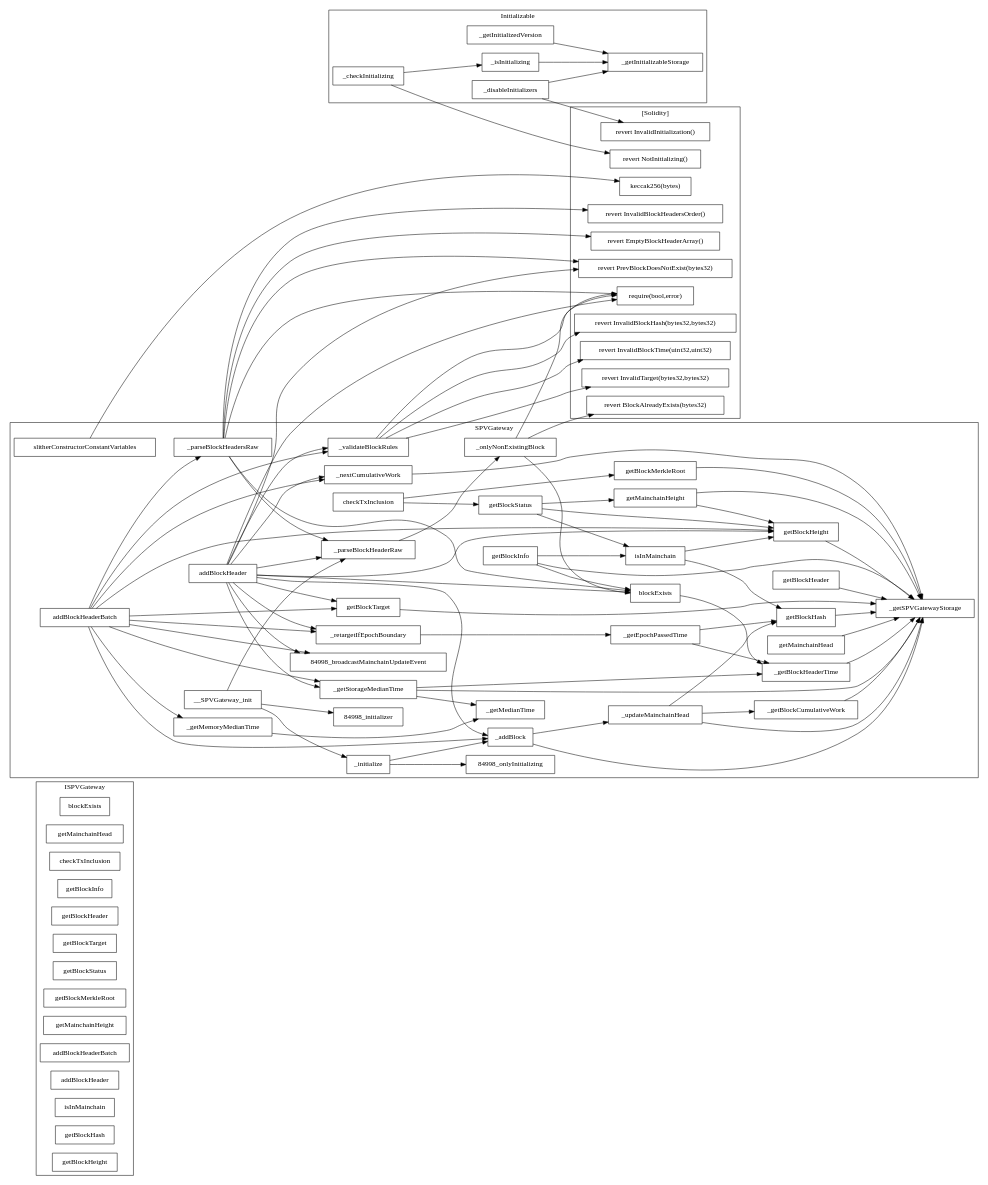
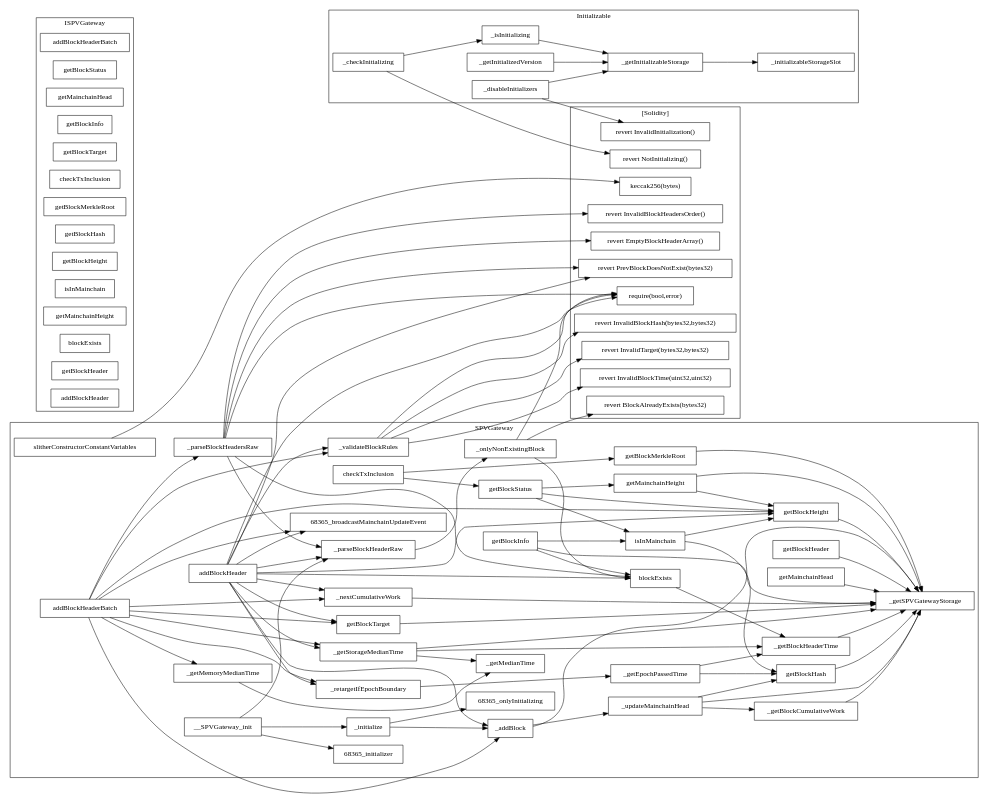
One commit to quidmints/SPV changed the diagram in evm/slither-out/...SPVGateway.call-graph.dot. Above: the diagram before and after it, drawn with Graphviz. The commit also changed 98 other files, not shown here.

First line of the commit message:
Regenerate slither-out: it described an architecture deleted 12 days ago

```diff
--- a/evm/slither-out/...SPVGateway.call-graph.dot
+++ b/evm/slither-out/...SPVGateway.call-graph.dot
@@ -1,157 +1,159 @@
 strict digraph {
 rankdir="LR"
 node [shape=box]
-subgraph cluster_85200_ISPVGateway {
+subgraph cluster_937_Initializable {
+label = "Initializable"
+"937__checkInitializing" [label="_checkInitializing"]
+"937__disableInitializers" [label="_disableInitializers"]
+"937__isInitializing" [label="_isInitializing"]
+"937__initializableStorageSlot" [label="_initializableStorageSlot"]
+"937__getInitializableStorage" [label="_getInitializableStorage"]
+"937__getInitializedVersion" [label="_getInitializedVersion"]
+"937__getInitializableStorage" -> "937__initializableStorageSlot"
+"937__isInitializing" -> "937__getInitializableStorage"
+"937__checkInitializing" -> "937__isInitializing"
+"937__getInitializedVersion" -> "937__getInitializableStorage"
+"937__disableInitializers" -> "937__getInitializableStorage"
+}subgraph cluster_68365_SPVGateway {
+label = "SPVGateway"
+"68365_getBlockStatus" [label="getBlockStatus"]
+"68365__getMedianTime" [label="_getMedianTime"]
+"68365__nextCumulativeWork" [label="_nextCumulativeWork"]
+"68365__getMemoryMedianTime" [label="_getMemoryMedianTime"]
+"68365__initialize" [label="_initialize"]
+"68365__getSPVGatewayStorage" [label="_getSPVGatewayStorage"]
+"68365__retargetIfEpochBoundary" [label="_retargetIfEpochBoundary"]
+"68365_slitherConstructorConstantVariables" [label="slitherConstructorConstantVariables"]
+"68365_checkTxInclusion" [label="checkTxInclusion"]
+"68365_getMainchainHeight" [label="getMainchainHeight"]
+"68365__getStorageMedianTime" [label="_getStorageMedianTime"]
+"68365__parseBlockHeaderRaw" [label="_parseBlockHeaderRaw"]
+"68365_getBlockMerkleRoot" [label="getBlockMerkleRoot"]
+"68365__addBlock" [label="_addBlock"]
+"68365__updateMainchainHead" [label="_updateMainchainHead"]
+"68365_getBlockInfo" [label="getBlockInfo"]
+"68365__getBlockHeaderTime" [label="_getBlockHeaderTime"]
+"68365_getBlockHeader" [label="getBlockHeader"]
+"68365_isInMainchain" [label="isInMainchain"]
+"68365_getMainchainHead" [label="getMainchainHead"]
+"68365__onlyNonExistingBlock" [label="_onlyNonExistingBlock"]
+"68365_getBlockHeight" [label="getBlockHeight"]
+"68365__parseBlockHeadersRaw" [label="_parseBlockHeadersRaw"]
+"68365_blockExists" [label="blockExists"]
+"68365__getEpochPassedTime" [label="_getEpochPassedTime"]
+"68365__validateBlockRules" [label="_validateBlockRules"]
+"68365_addBlockHeaderBatch" [label="addBlockHeaderBatch"]
+"68365_getBlockTarget" [label="getBlockTarget"]
+"68365__getBlockCumulativeWork" [label="_getBlockCumulativeWork"]
+"68365_getBlockHash" [label="getBlockHash"]
+"68365___SPVGateway_init" [label="__SPVGateway_init"]
+"68365_addBlockHeader" [label="addBlockHeader"]
+"68365__getBlockCumulativeWork" -> "68365__getSPVGatewayStorage"
+"68365_addBlockHeaderBatch" -> "68365__getStorageMedianTime"
+"68365__updateMainchainHead" -> "68365_getBlockHash"
+"68365___SPVGateway_init" -> "68365_initializer"
+"68365__getMemoryMedianTime" -> "68365__getMedianTime"
+"68365_getBlockHeight" -> "68365__getSPVGatewayStorage"
+"68365_getBlockMerkleRoot" -> "68365__getSPVGatewayStorage"
+"68365_addBlockHeader" -> "68365_broadcastMainchainUpdateEvent"
+"68365__updateMainchainHead" -> "68365__getSPVGatewayStorage"
+"68365_addBlockHeaderBatch" -> "68365__retargetIfEpochBoundary"
+"68365_addBlockHeader" -> "68365__parseBlockHeaderRaw"
+"68365_addBlockHeader" -> "68365__nextCumulativeWork"
+"68365_getBlockInfo" -> "68365_blockExists"
+"68365_getBlockInfo" -> "68365__getSPVGatewayStorage"
+"68365__getEpochPassedTime" -> "68365__getBlockHeaderTime"
+"68365__getStorageMedianTime" -> "68365__getBlockHeaderTime"
+"68365_addBlockHeader" -> "68365__validateBlockRules"
+"68365__nextCumulativeWork" -> "68365__getSPVGatewayStorage"
+"68365__onlyNonExistingBlock" -> "68365_blockExists"
+"68365_addBlockHeaderBatch" -> "68365_getBlockTarget"
+"68365___SPVGateway_init" -> "68365__parseBlockHeaderRaw"
+"68365_getMainchainHead" -> "68365__getSPVGatewayStorage"
+"68365_addBlockHeaderBatch" -> "68365_getBlockHeight"
+"68365__getStorageMedianTime" -> "68365__getMedianTime"
+"68365__getStorageMedianTime" -> "68365__getSPVGatewayStorage"
+"68365__parseBlockHeaderRaw" -> "68365__onlyNonExistingBlock"
+"68365_addBlockHeader" -> "68365_getBlockTarget"
+"68365_getBlockHeader" -> "68365__getSPVGatewayStorage"
+"68365__addBlock" -> "68365__getSPVGatewayStorage"
+"68365_addBlockHeader" -> "68365__retargetIfEpochBoundary"
+"68365__retargetIfEpochBoundary" -> "68365__getEpochPassedTime"
+"68365__parseBlockHeadersRaw" -> "68365__parseBlockHeaderRaw"
+"68365__getBlockHeaderTime" -> "68365__getSPVGatewayStorage"
+"68365___SPVGateway_init" -> "68365__initialize"
+"68365_isInMainchain" -> "68365_getBlockHash"
+"68365_getBlockInfo" -> "68365_isInMainchain"
+"68365_addBlockHeaderBatch" -> "68365_broadcastMainchainUpdateEvent"
+"68365_getBlockStatus" -> "68365_getMainchainHeight"
+"68365__initialize" -> "68365_onlyInitializing"
+"68365_addBlockHeaderBatch" -> "68365__addBlock"
+"68365_addBlockHeaderBatch" -> "68365__validateBlockRules"
+"68365_getBlockTarget" -> "68365__getSPVGatewayStorage"
+"68365_addBlockHeaderBatch" -> "68365__parseBlockHeadersRaw"
+"68365_isInMainchain" -> "68365_getBlockHeight"
+"68365_addBlockHeaderBatch" -> "68365__nextCumulativeWork"
+"68365_checkTxInclusion" -> "68365_getBlockMerkleRoot"
+"68365_blockExists" -> "68365__getBlockHeaderTime"
+"68365__addBlock" -> "68365__updateMainchainHead"
+"68365__parseBlockHeadersRaw" -> "68365_blockExists"
+"68365_addBlockHeader" -> "68365_blockExists"
+"68365__getEpochPassedTime" -> "68365_getBlockHash"
+"68365_addBlockHeaderBatch" -> "68365__getMemoryMedianTime"
+"68365_getBlockStatus" -> "68365_getBlockHeight"
+"68365_checkTxInclusion" -> "68365_getBlockStatus"
+"68365_addBlockHeader" -> "68365__addBlock"
+"68365_getBlockStatus" -> "68365_isInMainchain"
+"68365_getMainchainHeight" -> "68365_getBlockHeight"
+"68365__updateMainchainHead" -> "68365__getBlockCumulativeWork"
+"68365_getBlockHash" -> "68365__getSPVGatewayStorage"
+"68365_addBlockHeader" -> "68365_getBlockHeight"
+"68365_getMainchainHeight" -> "68365__getSPVGatewayStorage"
+"68365__initialize" -> "68365__addBlock"
+"68365_addBlockHeader" -> "68365__getStorageMedianTime"
+}subgraph cluster_68567_ISPVGateway {
 label = "ISPVGateway"
-"85200_blockExists" [label="blockExists"]
-"85200_getMainchainHead" [label="getMainchainHead"]
-"85200_checkTxInclusion" [label="checkTxInclusion"]
-"85200_getBlockInfo" [label="getBlockInfo"]
-"85200_getBlockHeader" [label="getBlockHeader"]
-"85200_getBlockTarget" [label="getBlockTarget"]
-"85200_getBlockStatus" [label="getBlockStatus"]
-"85200_getBlockMerkleRoot" [label="getBlockMerkleRoot"]
-"85200_getMainchainHeight" [label="getMainchainHeight"]
-"85200_addBlockHeaderBatch" [label="addBlockHeaderBatch"]
-"85200_addBlockHeader" [label="addBlockHeader"]
-"85200_isInMainchain" [label="isInMainchain"]
-"85200_getBlockHash" [label="getBlockHash"]
-"85200_getBlockHeight" [label="getBlockHeight"]
-}subgraph cluster_13915_Initializable {
-label = "Initializable"
-"13915__getInitializedVersion" [label="_getInitializedVersion"]
-"13915__getInitializableStorage" [label="_getInitializableStorage"]
-"13915__checkInitializing" [label="_checkInitializing"]
-"13915__isInitializing" [label="_isInitializing"]
-"13915__disableInitializers" [label="_disableInitializers"]
-"13915__getInitializedVersion" -> "13915__getInitializableStorage"
-"13915__isInitializing" -> "13915__getInitializableStorage"
-"13915__checkInitializing" -> "13915__isInitializing"
-"13915__disableInitializers" -> "13915__getInitializableStorage"
-}subgraph cluster_84998_SPVGateway {
-label = "SPVGateway"
-"84998__getStorageMedianTime" [label="_getStorageMedianTime"]
-"84998_addBlockHeaderBatch" [label="addBlockHeaderBatch"]
-"84998_getBlockMerkleRoot" [label="getBlockMerkleRoot"]
-"84998__addBlock" [label="_addBlock"]
-"84998__updateMainchainHead" [label="_updateMainchainHead"]
-"84998_checkTxInclusion" [label="checkTxInclusion"]
-"84998__getBlockCumulativeWork" [label="_getBlockCumulativeWork"]
-"84998_addBlockHeader" [label="addBlockHeader"]
-"84998_getMainchainHeight" [label="getMainchainHeight"]
-"84998_slitherConstructorConstantVariables" [label="slitherConstructorConstantVariables"]
-"84998_blockExists" [label="blockExists"]
-"84998__validateBlockRules" [label="_validateBlockRules"]
-"84998__initialize" [label="_initialize"]
-"84998_getBlockHash" [label="getBlockHash"]
-"84998__getMemoryMedianTime" [label="_getMemoryMedianTime"]
-"84998__getEpochPassedTime" [label="_getEpochPassedTime"]
-"84998__getBlockHeaderTime" [label="_getBlockHeaderTime"]
-"84998_isInMainchain" [label="isInMainchain"]
-"84998__retargetIfEpochBoundary" [label="_retargetIfEpochBoundary"]
-"84998_getBlockHeader" [label="getBlockHeader"]
-"84998__onlyNonExistingBlock" [label="_onlyNonExistingBlock"]
-"84998_getBlockStatus" [label="getBlockStatus"]
-"84998_getBlockInfo" [label="getBlockInfo"]
-"84998_getBlockTarget" [label="getBlockTarget"]
-"84998__parseBlockHeadersRaw" [label="_parseBlockHeadersRaw"]
-"84998__parseBlockHeaderRaw" [label="_parseBlockHeaderRaw"]
-"84998_getMainchainHead" [label="getMainchainHead"]
-"84998_getBlockHeight" [label="getBlockHeight"]
-"84998__getSPVGatewayStorage" [label="_getSPVGatewayStorage"]
-"84998__getMedianTime" [label="_getMedianTime"]
-"84998__nextCumulativeWork" [label="_nextCumulativeWork"]
-"84998___SPVGateway_init" [label="__SPVGateway_init"]
-"84998_addBlockHeader" -> "84998_getBlockTarget"
-"84998_getBlockStatus" -> "84998_getBlockHeight"
-"84998_addBlockHeaderBatch" -> "84998__getStorageMedianTime"
-"84998_addBlockHeader" -> "84998__parseBlockHeaderRaw"
-"84998_addBlockHeaderBatch" -> "84998__nextCumulativeWork"
-"84998_addBlockHeader" -> "84998_blockExists"
-"84998__getEpochPassedTime" -> "84998__getBlockHeaderTime"
-"84998_addBlockHeaderBatch" -> "84998_getBlockHeight"
-"84998__initialize" -> "84998_onlyInitializing"
-"84998___SPVGateway_init" -> "84998__parseBlockHeaderRaw"
-"84998_addBlockHeader" -> "84998__addBlock"
-"84998_checkTxInclusion" -> "84998_getBlockMerkleRoot"
-"84998_getBlockHash" -> "84998__getSPVGatewayStorage"
-"84998__getBlockCumulativeWork" -> "84998__getSPVGatewayStorage"
-"84998_getBlockHeight" -> "84998__getSPVGatewayStorage"
-"84998_getMainchainHeight" -> "84998__getSPVGatewayStorage"
-"84998__getEpochPassedTime" -> "84998_getBlockHash"
-"84998__retargetIfEpochBoundary" -> "84998__getEpochPassedTime"
-"84998_getBlockTarget" -> "84998__getSPVGatewayStorage"
-"84998__parseBlockHeaderRaw" -> "84998__onlyNonExistingBlock"
-"84998_blockExists" -> "84998__getBlockHeaderTime"
-"84998__parseBlockHeadersRaw" -> "84998_blockExists"
-"84998_addBlockHeaderBatch" -> "84998__getMemoryMedianTime"
-"84998_checkTxInclusion" -> "84998_getBlockStatus"
-"84998_addBlockHeader" -> "84998_broadcastMainchainUpdateEvent"
-"84998__onlyNonExistingBlock" -> "84998_blockExists"
-"84998_getBlockInfo" -> "84998_blockExists"
-"84998_addBlockHeaderBatch" -> "84998__parseBlockHeadersRaw"
-"84998_getBlockMerkleRoot" -> "84998__getSPVGatewayStorage"
-"84998_addBlockHeaderBatch" -> "84998_getBlockTarget"
-"84998_addBlockHeader" -> "84998__nextCumulativeWork"
-"84998__getStorageMedianTime" -> "84998__getBlockHeaderTime"
-"84998__updateMainchainHead" -> "84998_getBlockHash"
-"84998_addBlockHeaderBatch" -> "84998__addBlock"
-"84998__updateMainchainHead" -> "84998__getSPVGatewayStorage"
-"84998__getMemoryMedianTime" -> "84998__getMedianTime"
-"84998_getBlockStatus" -> "84998_getMainchainHeight"
-"84998_getBlockInfo" -> "84998__getSPVGatewayStorage"
-"84998__addBlock" -> "84998__updateMainchainHead"
-"84998__updateMainchainHead" -> "84998__getBlockCumulativeWork"
-"84998_getBlockHeader" -> "84998__getSPVGatewayStorage"
-"84998_getMainchainHead" -> "84998__getSPVGatewayStorage"
-"84998_getBlockInfo" -> "84998_isInMainchain"
-"84998_addBlockHeaderBatch" -> "84998__validateBlockRules"
-"84998___SPVGateway_init" -> "84998__initialize"
-"84998_addBlockHeader" -> "84998__getStorageMedianTime"
-"84998_addBlockHeader" -> "84998__retargetIfEpochBoundary"
-"84998_addBlockHeaderBatch" -> "84998_broadcastMainchainUpdateEvent"
-"84998__getStorageMedianTime" -> "84998__getSPVGatewayStorage"
-"84998___SPVGateway_init" -> "84998_initializer"
-"84998_isInMainchain" -> "84998_getBlockHash"
-"84998__initialize" -> "84998__addBlock"
-"84998_addBlockHeaderBatch" -> "84998__retargetIfEpochBoundary"
-"84998__getStorageMedianTime" -> "84998__getMedianTime"
-"84998_addBlockHeader" -> "84998_getBlockHeight"
-"84998_getBlockStatus" -> "84998_isInMainchain"
-"84998__nextCumulativeWork" -> "84998__getSPVGatewayStorage"
-"84998_addBlockHeader" -> "84998__validateBlockRules"
-"84998__parseBlockHeadersRaw" -> "84998__parseBlockHeaderRaw"
-"84998_getMainchainHeight" -> "84998_getBlockHeight"
-"84998__addBlock" -> "84998__getSPVGatewayStorage"
-"84998__getBlockHeaderTime" -> "84998__getSPVGatewayStorage"
-"84998_isInMainchain" -> "84998_getBlockHeight"
+"68567_addBlockHeaderBatch" [label="addBlockHeaderBatch"]
+"68567_getBlockStatus" [label="getBlockStatus"]
+"68567_getMainchainHead" [label="getMainchainHead"]
+"68567_getBlockInfo" [label="getBlockInfo"]
+"68567_getBlockTarget" [label="getBlockTarget"]
+"68567_checkTxInclusion" [label="checkTxInclusion"]
+"68567_getBlockMerkleRoot" [label="getBlockMerkleRoot"]
+"68567_getBlockHash" [label="getBlockHash"]
+"68567_getBlockHeight" [label="getBlockHeight"]
+"68567_isInMainchain" [label="isInMainchain"]
+"68567_getMainchainHeight" [label="getMainchainHeight"]
+"68567_blockExists" [label="blockExists"]
+"68567_getBlockHeader" [label="getBlockHeader"]
+"68567_addBlockHeader" [label="addBlockHeader"]
 }subgraph cluster_solidity {
 label = "[Solidity]"
 "require(bool,error)" 
+"revert InvalidInitialization()" 
+"keccak256(bytes)" 
+"revert InvalidBlockTime(uint32,uint32)" 
+"revert EmptyBlockHeaderArray()" 
 "revert InvalidBlockHeadersOrder()" 
-"revert InvalidInitialization()" 
-"revert InvalidBlockTime(uint32,uint32)" 
+"revert InvalidBlockHash(bytes32,bytes32)" 
 "revert InvalidTarget(bytes32,bytes32)" 
+"revert PrevBlockDoesNotExist(bytes32)" 
+"revert BlockAlreadyExists(bytes32)" 
 "revert NotInitializing()" 
-"revert PrevBlockDoesNotExist(bytes32)" 
-"revert InvalidBlockHash(bytes32,bytes32)" 
-"revert BlockAlreadyExists(bytes32)" 
-"keccak256(bytes)" 
-"revert EmptyBlockHeaderArray()" 
-"84998__parseBlockHeadersRaw" -> "require(bool,error)"
-"84998_addBlockHeader" -> "revert PrevBlockDoesNotExist(bytes32)"
-"13915__checkInitializing" -> "revert NotInitializing()"
-"84998__validateBlockRules" -> "revert InvalidTarget(bytes32,bytes32)"
-"84998__onlyNonExistingBlock" -> "require(bool,error)"
-"84998__validateBlockRules" -> "revert InvalidBlockHash(bytes32,bytes32)"
-"84998__parseBlockHeadersRaw" -> "revert InvalidBlockHeadersOrder()"
-"84998__onlyNonExistingBlock" -> "revert BlockAlreadyExists(bytes32)"
-"84998__validateBlockRules" -> "revert InvalidBlockTime(uint32,uint32)"
-"84998__parseBlockHeadersRaw" -> "revert EmptyBlockHeaderArray()"
-"84998__validateBlockRules" -> "require(bool,error)"
-"84998_slitherConstructorConstantVariables" -> "keccak256(bytes)"
-"84998__parseBlockHeadersRaw" -> "revert PrevBlockDoesNotExist(bytes32)"
-"13915__disableInitializers" -> "revert InvalidInitialization()"
-"84998_addBlockHeader" -> "require(bool,error)"
+"68365_addBlockHeader" -> "revert PrevBlockDoesNotExist(bytes32)"
+"68365__parseBlockHeadersRaw" -> "revert InvalidBlockHeadersOrder()"
+"68365__validateBlockRules" -> "require(bool,error)"
+"68365__onlyNonExistingBlock" -> "require(bool,error)"
+"68365__validateBlockRules" -> "revert InvalidBlockTime(uint32,uint32)"
+"68365__onlyNonExistingBlock" -> "revert BlockAlreadyExists(bytes32)"
+"68365__parseBlockHeadersRaw" -> "revert PrevBlockDoesNotExist(bytes32)"
+"68365__parseBlockHeadersRaw" -> "require(bool,error)"
+"68365__parseBlockHeadersRaw" -> "revert EmptyBlockHeaderArray()"
+"68365__validateBlockRules" -> "revert InvalidTarget(bytes32,bytes32)"
+"68365_addBlockHeader" -> "require(bool,error)"
+"68365_slitherConstructorConstantVariables" -> "keccak256(bytes)"
+"68365__validateBlockRules" -> "revert InvalidBlockHash(bytes32,bytes32)"
+"937__disableInitializers" -> "revert InvalidInitialization()"
+"937__checkInitializing" -> "revert NotInitializing()"
 }
 }
```
